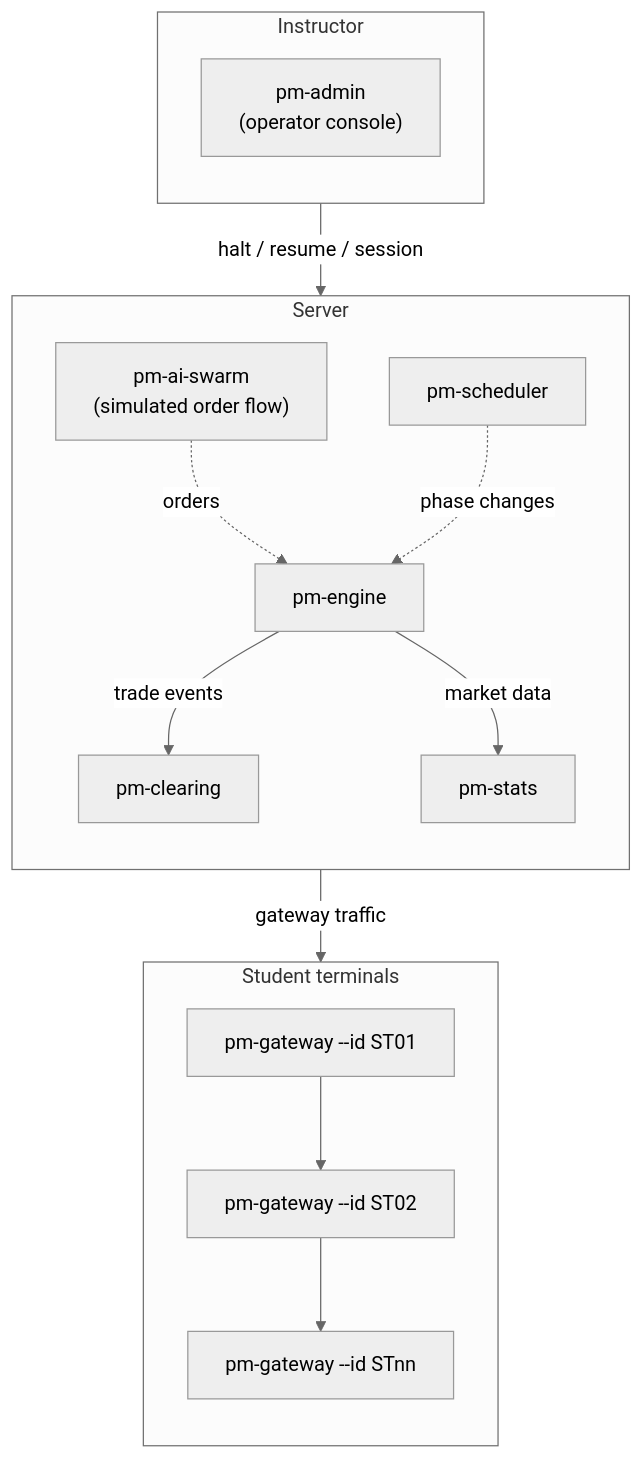
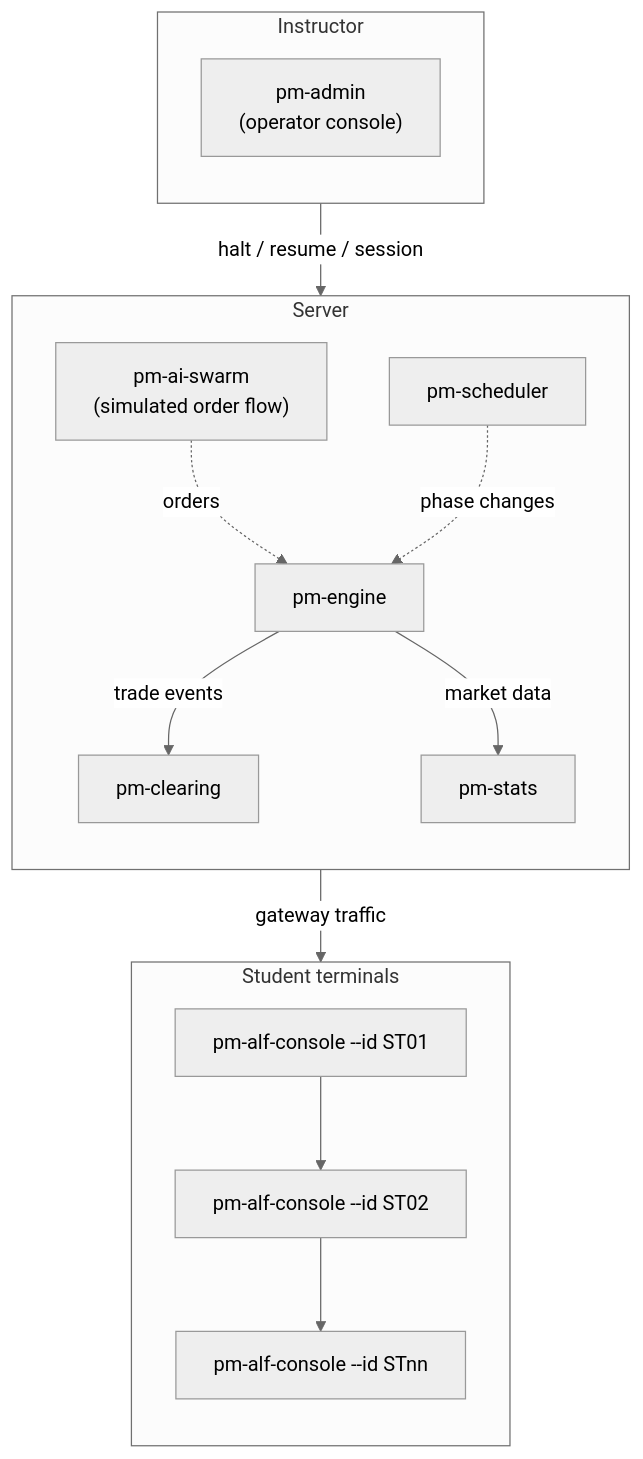
Before and after one commit to johan162/EduMatcher: the third of 3 diagrams in docs/user-guide/00-getting-started.md, drawn with Mermaid (neutral theme). The commit also changed other lines of this file and 38 other files, not shown here.

````diff
--- a/docs/user-guide/00-getting-started.md
+++ b/docs/user-guide/00-getting-started.md
@@ -554,31 +554,31 @@
 ```mermaid
 flowchart TD
     subgraph Instructor
         direction TB
         ADM["pm-admin\n(operator console)"]
     end
     subgraph Server
         direction TB
         ENG["pm-engine"]
         CLR["pm-clearing"]
         STAT["pm-stats"]
         SCH["pm-scheduler"]
         AI["pm-ai-swarm\n(simulated order flow)"]
     end
     subgraph Student terminals
         direction TB
-        GW1["pm-gateway --id ST01"]
-        GW2["pm-gateway --id ST02"]
-        GWN["pm-gateway --id STnn"]
+        GW1["pm-alf-console --id ST01"]
+        GW2["pm-alf-console --id ST02"]
+        GWN["pm-alf-console --id STnn"]
     end
 
     ADM -- "halt / resume / session" --> ENG
     ENG -- "gateway traffic" --> GW1
     GW1 --> GW2
     GW2 --> GWN
 
     AI -. "orders" .-> ENG
     SCH -. "phase changes" .-> ENG
     ENG -- "trade events" --> CLR
     ENG -- "market data" --> STAT
 ```
````
